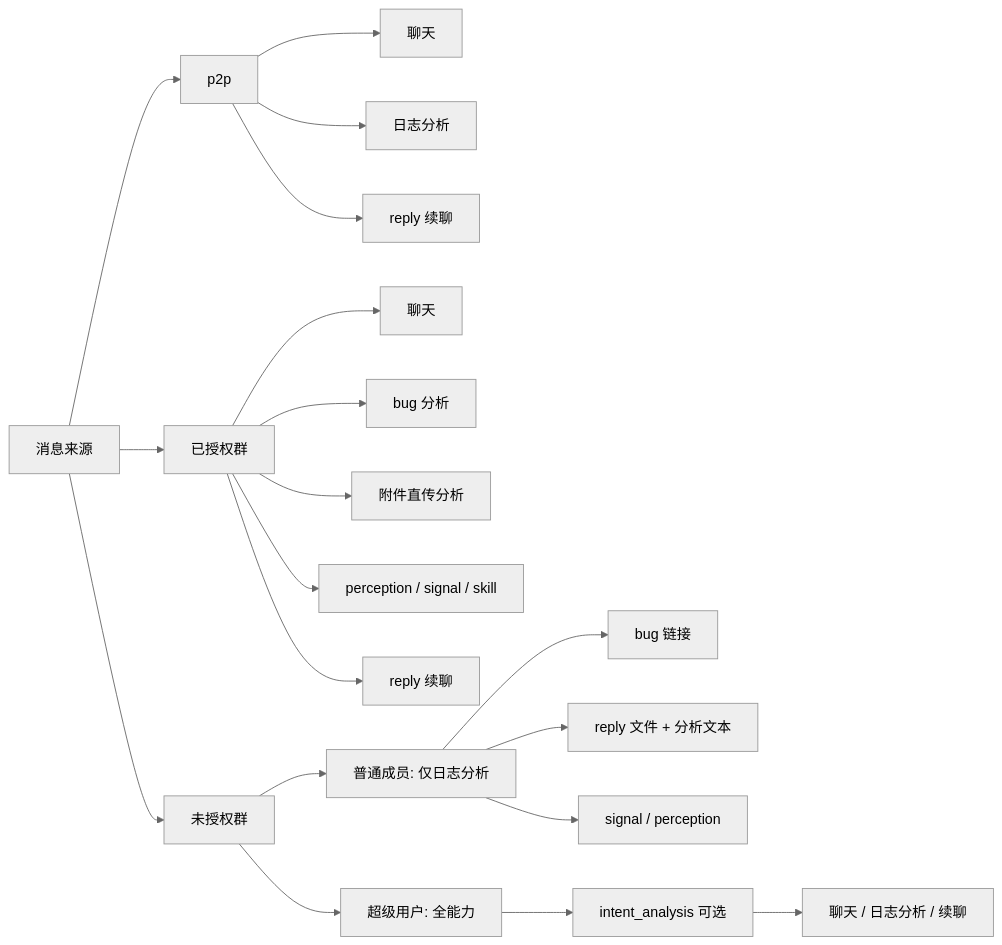
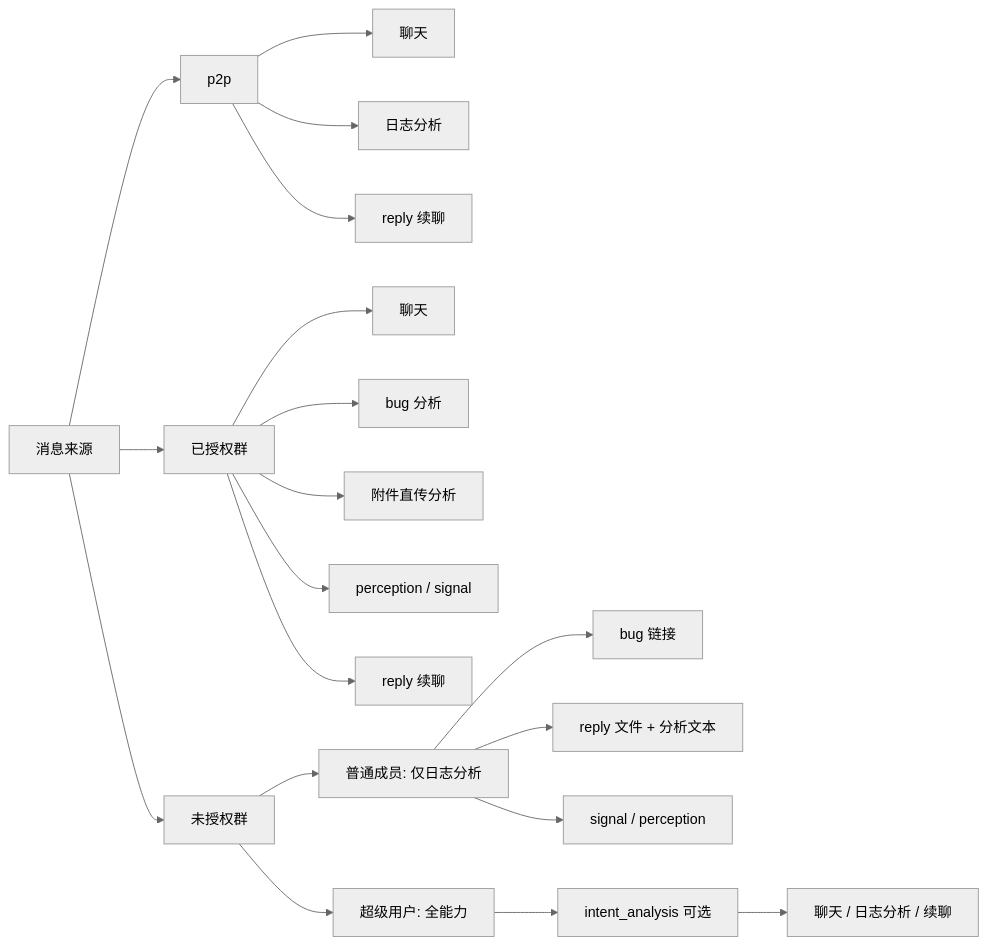
One commit to zhuyunlong/lark-agent-bridge changed the fourth of 8 diagrams in docs/project-overview-architecture.md. Above: the diagram before and after it, drawn with Mermaid (neutral theme). The commit also changed other lines of this file and 65 other files, not shown here.

````diff
--- a/docs/project-overview-architecture.md
+++ b/docs/project-overview-architecture.md
@@ -207,26 +203,26 @@
 ```mermaid
 flowchart LR
     A[消息来源] --> A1[p2p]
     A --> A2[已授权群]
     A --> A3[未授权群]
 
     A1 --> B1[聊天]
     A1 --> B2[日志分析]
     A1 --> B3[reply 续聊]
 
     A2 --> C1[聊天]
     A2 --> C2[bug 分析]
     A2 --> C3[附件直传分析]
-    A2 --> C4[perception / signal / skill]
+    A2 --> C4[perception / signal]
     A2 --> C5[reply 续聊]
 
     A3 --> D1[普通成员: 仅日志分析]
     A3 --> D2[超级用户: 全能力]
 
     D1 --> E1[bug 链接]
     D1 --> E2[reply 文件 + 分析文本]
     D1 --> E3[signal / perception]
 
     D2 --> F1[intent_analysis 可选]
     F1 --> F2[聊天 / 日志分析 / 续聊]
 ```
````
